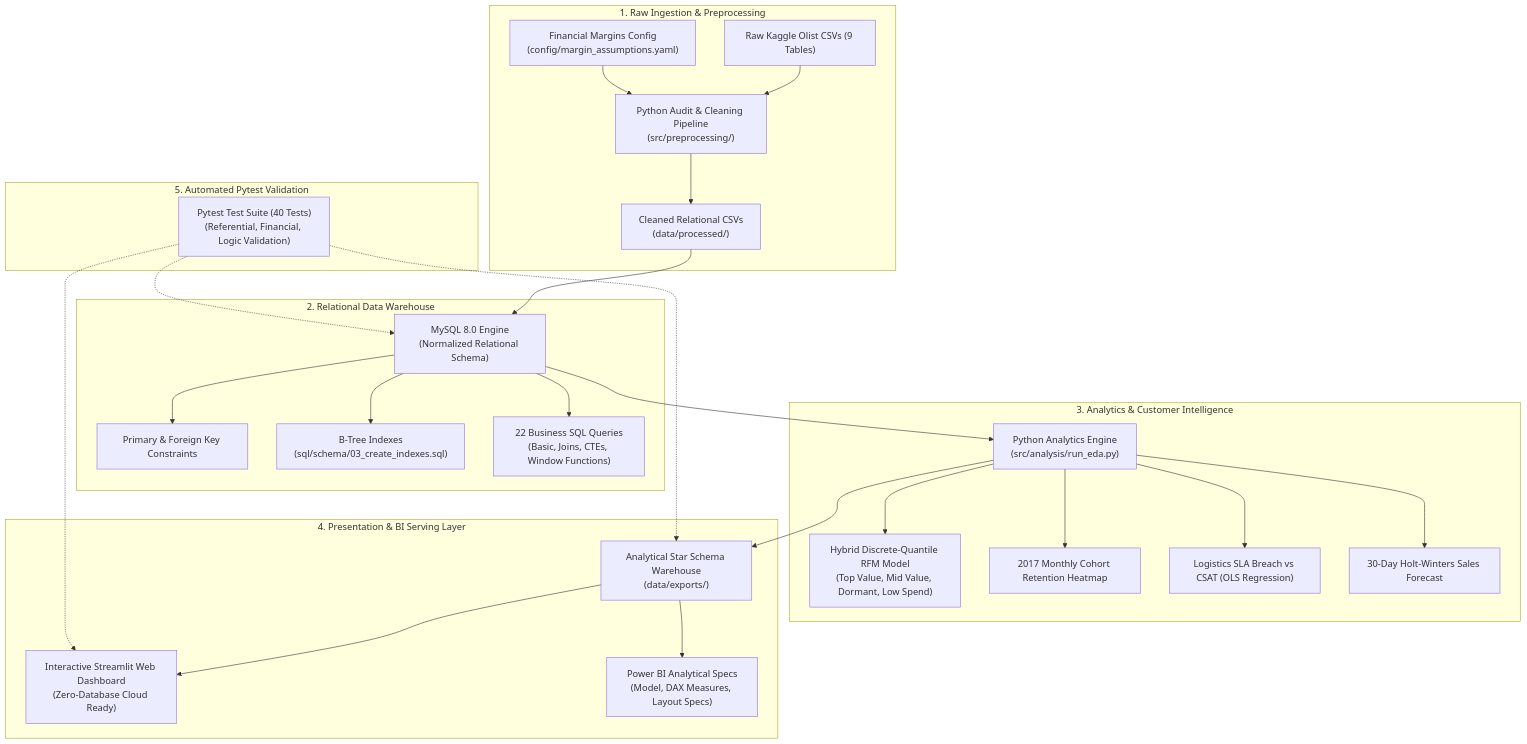
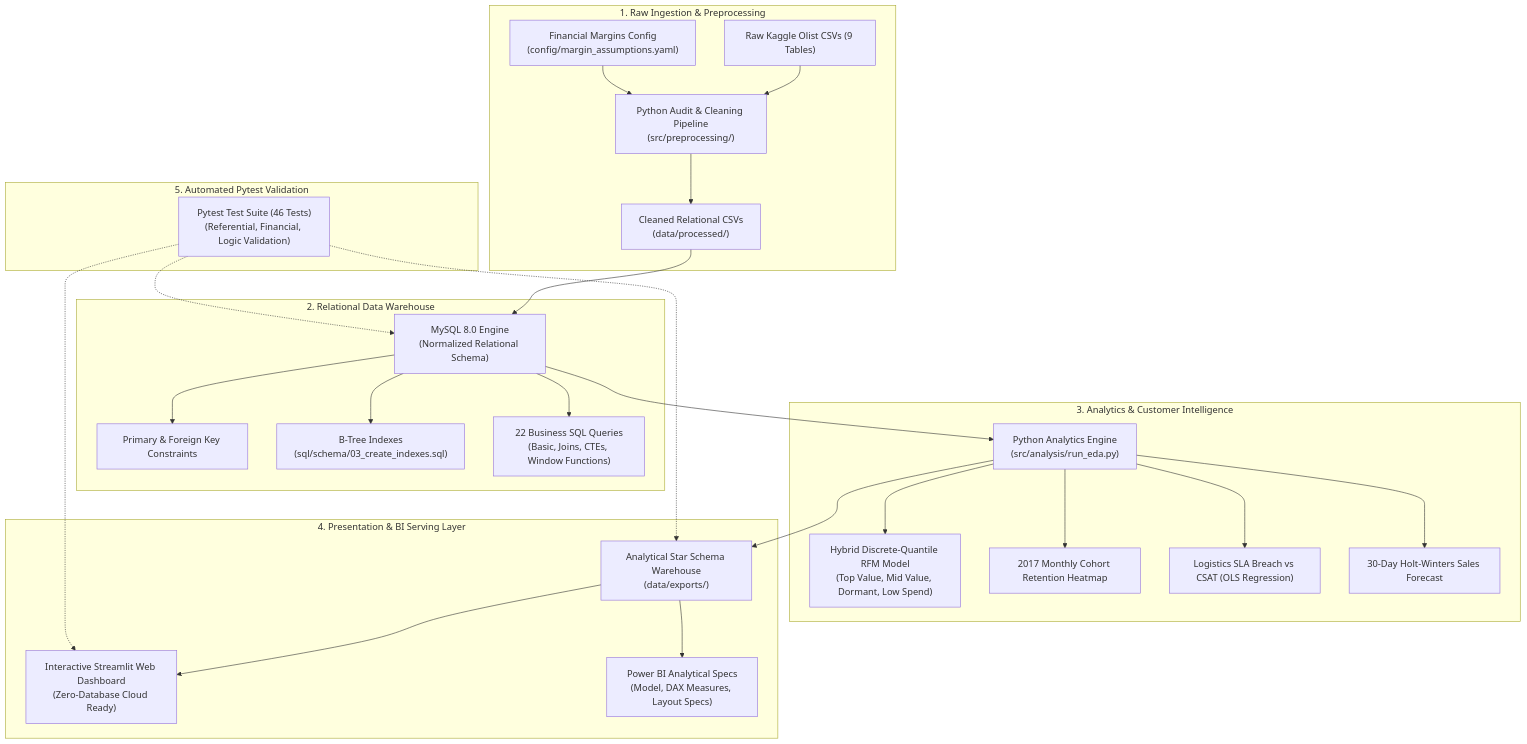
Before and after one commit to Samk709/ecommerce-sales-customer-analytics: the diagram in README.md, drawn with Mermaid. The commit also changed other lines of this file and 9 other files, not shown here.

````diff
--- a/README.md
+++ b/README.md
@@ -15,35 +15,35 @@
 ```mermaid
 flowchart TD
     subgraph Ingestion["1. Raw Ingestion & Preprocessing"]
         A["Raw Kaggle Olist CSVs (9 Tables)"] --> B["Python Audit & Cleaning Pipeline\n(src/preprocessing/)"]
         B --> C["Cleaned Relational CSVs\n(data/processed/)"]
         M["Financial Margins Config\n(config/margin_assumptions.yaml)"] --> B
     end
 
     subgraph Database["2. Relational Data Warehouse"]
         C --> D["MySQL 8.0 Engine\n(Normalized Relational Schema)"]
         D --> E["Primary & Foreign Key Constraints"]
         D --> F["B-Tree Indexes\n(sql/schema/03_create_indexes.sql)"]
         D --> G["22 Business SQL Queries\n(Basic, Joins, CTEs, Window Functions)"]
     end
 
     subgraph Intelligence["3. Analytics & Customer Intelligence"]
         D --> H["Python Analytics Engine\n(src/analysis/run_eda.py)"]
         H --> I["Hybrid Discrete-Quantile RFM Model\n(Top Value, Mid Value, Dormant, Low Spend)"]
         H --> J["2017 Monthly Cohort Retention Heatmap"]
         H --> K["Logistics SLA Breach vs CSAT (OLS Regression)"]
         H --> L["30-Day Holt-Winters Sales Forecast"]
     end
 
     subgraph Serving["4. Presentation & BI Serving Layer"]
         H --> N["Analytical Star Schema Warehouse\n(data/exports/)"]
         N --> O["Interactive Streamlit Web Dashboard\n(Zero-Database Cloud Ready)"]
         N --> P["Power BI Analytical Specs\n(Model, DAX Measures, Layout Specs)"]
     end
 
     subgraph Quality["5. Automated Pytest Validation"]
-        Q["Pytest Test Suite (40 Tests)\n(Referential, Financial, Logic Validation)"] -.-> D
+        Q["Pytest Test Suite (46 Tests)\n(Referential, Financial, Logic Validation)"] -.-> D
         Q -.-> N
         Q -.-> O
     end
 ```
````
